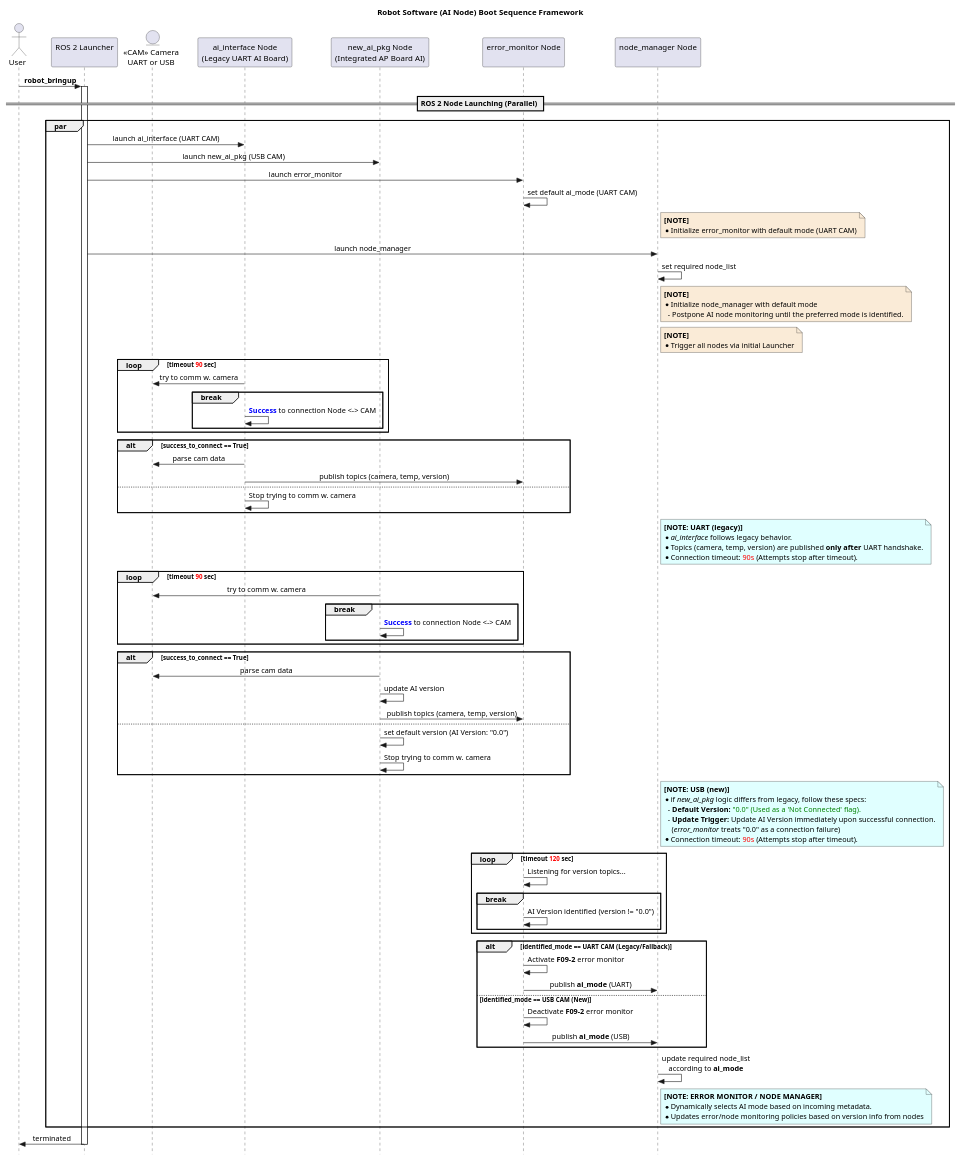
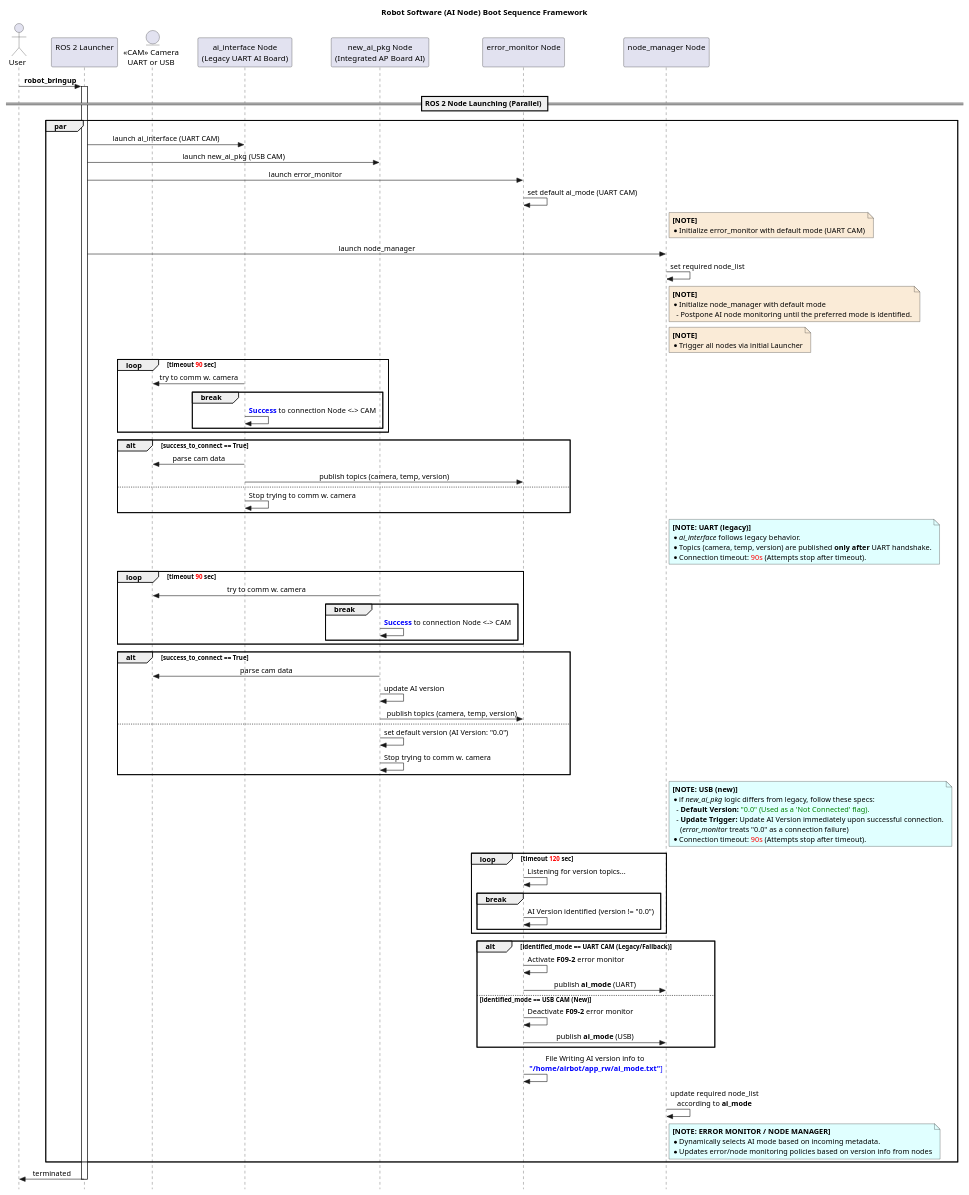
One commit to Hwan-Yeong/airbot_hyjoe_ws changed the diagram in docs/ap_ai_integration_booting_sequence_diagram_launch_sequence.puml. Above: the diagram before and after it, drawn with PlantUML.

Commit message:
update: sequence diagram - add file writing step

```diff
--- a/docs/ap_ai_integration_booting_sequence_diagram_launch_sequence.puml
+++ b/docs/ap_ai_integration_booting_sequence_diagram_launch_sequence.puml
@@ -1,122 +1,123 @@
 @startuml
 ' 스타일 설정: 가독성을 위해 테마를 살짝 입힙니다.
 skinparam Style strictuml
 skinparam SequenceMessageAlignment center
 skinparam DefaultFontName "Verdana"
 
 title Robot Software (AI Node) Boot Sequence Framework
 
 ' 참여 객체 정의 (Participants)
 actor "User" as User
 participant "ROS 2 Launcher\n" as Launch
 entity "<<CAM>> Camera\nUART or USB" as Camera
 participant "ai_interface Node\n(Legacy UART AI Board)" as Node_uart_ai
 participant "new_ai_pkg Node\n(Integrated AP Board AI)" as Node_new_ai
 participant "error_monitor Node\n" as Node_error_monitor
 participant "node_manager Node\n" as Node_node_manager
 
 User -> Launch : **robot_bringup**
 activate Launch
   == ROS 2 Node Launching (Parallel) ==
   par
     ' initialize nodes
     Launch -> Node_uart_ai : launch ai_interface (UART CAM)
     Launch -> Node_new_ai : launch new_ai_pkg (USB CAM)
     Launch -> Node_error_monitor : launch error_monitor
     Node_error_monitor -> Node_error_monitor : set default ai_mode (UART CAM)
 
     note right Node_node_manager #AntiqueWhite
       **[NOTE]**
       * Initialize error_monitor with default mode (UART CAM)
     end note
 
     Launch -> Node_node_manager : launch node_manager
     Node_node_manager -> Node_node_manager : set required node_list
 
     note right Node_node_manager #AntiqueWhite
       **[NOTE]**
       * Initialize node_manager with default mode
         - Postpone AI node monitoring until the preferred mode is identified.
     end note
 
     note right Node_node_manager #AntiqueWhite
       **[NOTE]**
       * Trigger all nodes via initial Launcher
     end note
 
     ' Legacy UART CAM
     loop timeout <color:red>90</color> sec
       Node_uart_ai -> Camera : try to comm w. camera
       break
         Node_uart_ai -> Node_uart_ai : <color:blue>**Success**</color> to connection Node <-> CAM
       end
     end
 
     alt success_to_connect == True
       Node_uart_ai -> Camera : parse cam data
       Node_uart_ai -> Node_error_monitor : publish topics (camera, temp, version)
     else
       Node_uart_ai -> Node_uart_ai : Stop trying to comm w. camera
     end
 
     note right Node_node_manager #LightCyan
       **[NOTE: UART (legacy)]**
       * //ai_interface// follows legacy behavior.
       * Topics (camera, temp, version) are published **only after** UART handshake.
       * Connection timeout: <color:red>90s</color> (Attempts stop after timeout).
     end note
 
     ' New USB CAM
     loop timeout <color:red>90</color> sec
       Node_new_ai -> Camera : try to comm w. camera
       break
         Node_new_ai -> Node_new_ai : <color:blue>**Success**</color> to connection Node <-> CAM
       end
     end
 
     alt success_to_connect == True
       Node_new_ai -> Camera : parse cam data
       Node_new_ai -> Node_new_ai : update AI version
       Node_new_ai -> Node_error_monitor : publish topics (camera, temp, version)
     else
       Node_new_ai -> Node_new_ai : set default version (AI Version: "0.0")
       Node_new_ai -> Node_new_ai : Stop trying to comm w. camera
     end
 
     note right Node_node_manager #LightCyan
       **[NOTE: USB (new)]**
       * if //new_ai_pkg// logic differs from legacy, follow these specs:
         - **Default Version:** <color:green>"0.0" (Used as a 'Not Connected' flag).</color>
         - **Update Trigger:** Update AI Version immediately upon successful connection.
           (//error_monitor// treats "0.0" as a connection failure)
       * Connection timeout: <color:red>90s</color> (Attempts stop after timeout).
     end note
       
     ' Check Activating Nodes (Error Monitor / Node Manager)
     loop timeout <color:red>120</color> sec
       Node_error_monitor -> Node_error_monitor : Listening for version topics...
       break
         Node_error_monitor -> Node_error_monitor : AI Version identified (version != "0.0")
       end
     end
 
     alt identified_mode == UART CAM (Legacy/Fallback)
       Node_error_monitor -> Node_error_monitor : Activate **F09-2** error monitor
       Node_error_monitor -> Node_node_manager : publish **ai_mode** (UART)
     else identified_mode == USB CAM (New)
       Node_error_monitor -> Node_error_monitor :Deactivate **F09-2** error monitor
       Node_error_monitor -> Node_node_manager : publish **ai_mode** (USB)
     end
 
+    Node_error_monitor -> Node_error_monitor : File Writing AI version info to\n <color:blue>**"/home/airbot/app_rw/ai_mode.txt"**]
     Node_node_manager -> Node_node_manager : update required node_list\naccording to **ai_mode**
 
     note right Node_node_manager #LightCyan
       **[NOTE: ERROR MONITOR / NODE MANAGER]**
       * Dynamically selects AI mode based on incoming metadata.
       * Updates error/node monitoring policies based on version info from nodes
     end note
   end
   Launch -> User : terminated
 deactivate Launch
 
 @enduml
```
